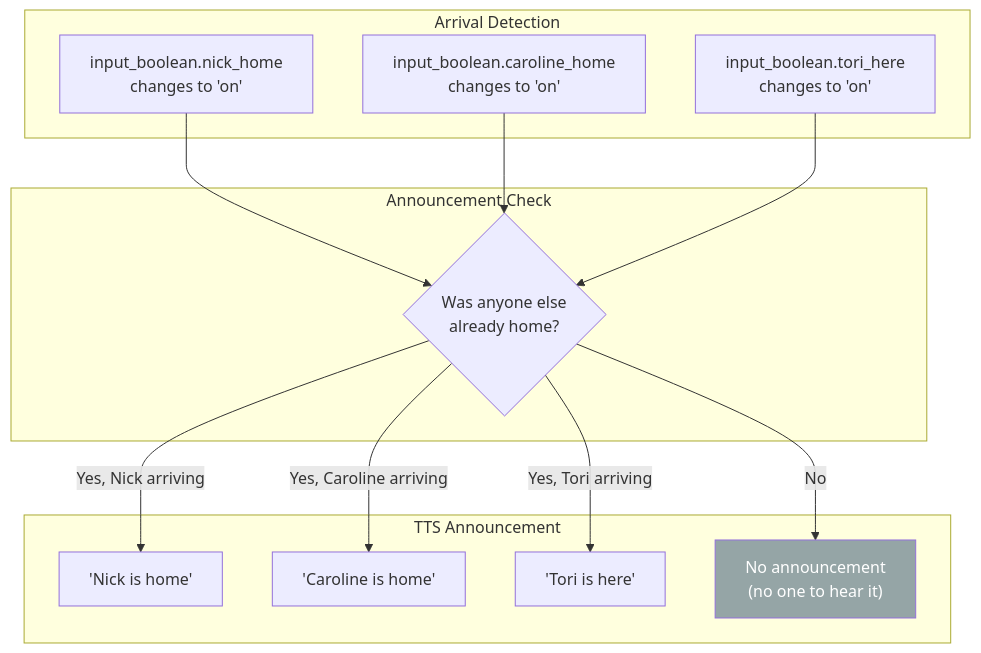
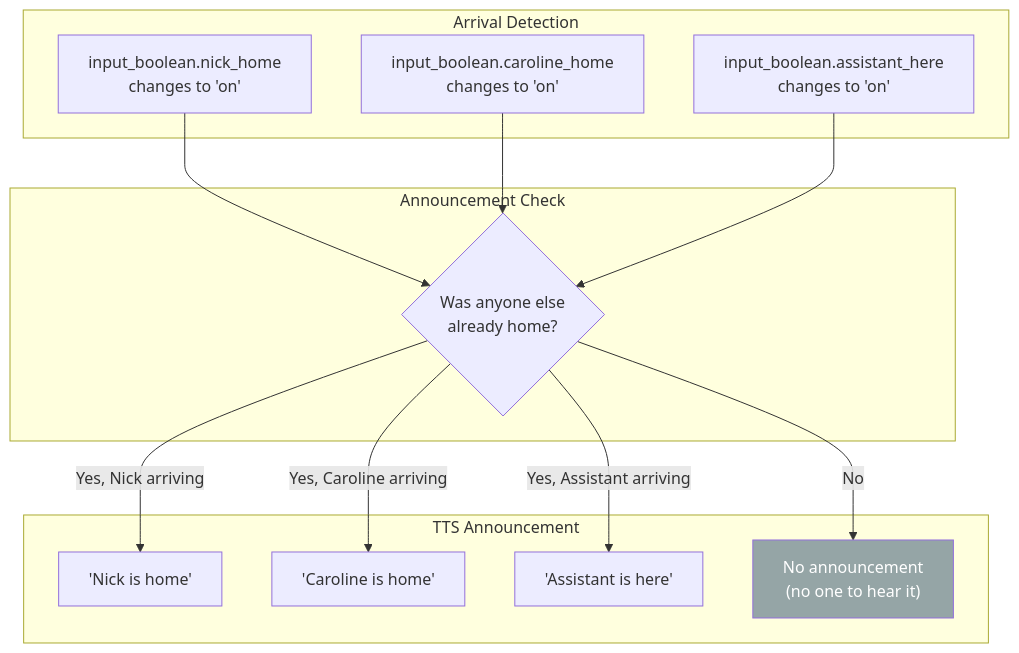
The fourth of 6 diagrams in docs/flows/STATE_TRACKING.md (NickBorgers/home-automation), drawn with Mermaid before and after one commit. The commit also changed other lines of this file and 31 other files, not shown here.

````diff
--- a/docs/flows/STATE_TRACKING.md
+++ b/docs/flows/STATE_TRACKING.md
@@ -128,30 +128,30 @@
 ```mermaid
 flowchart TD
     subgraph Trigger["Arrival Detection"]
         nickArrives["input_boolean.nick_home<br/>changes to 'on'"]
         carolineArrives["input_boolean.caroline_home<br/>changes to 'on'"]
-        toriArrives["input_boolean.tori_here<br/>changes to 'on'"]
+        assistantArrives["input_boolean.assistant_here<br/>changes to 'on'"]
     end
 
     subgraph Check["Announcement Check"]
         wasAnyoneHome{"Was anyone else<br/>already home?"}
     end
 
     subgraph Action["TTS Announcement"]
         announceNick["'Nick is home'"]
         announceCaroline["'Caroline is home'"]
-        announceTori["'Tori is here'"]
+        announceAssistant["'Assistant is here'"]
         skip["No announcement<br/>(no one to hear it)"]
     end
 
     nickArrives --> wasAnyoneHome
     carolineArrives --> wasAnyoneHome
-    toriArrives --> wasAnyoneHome
+    assistantArrives --> wasAnyoneHome
 
     wasAnyoneHome -->|Yes, Nick arriving| announceNick
     wasAnyoneHome -->|Yes, Caroline arriving| announceCaroline
-    wasAnyoneHome -->|Yes, Tori arriving| announceTori
+    wasAnyoneHome -->|Yes, Assistant arriving| announceAssistant
     wasAnyoneHome -->|No| skip
 
     style skip fill:#95a5a6,color:#fff
 ```
````
